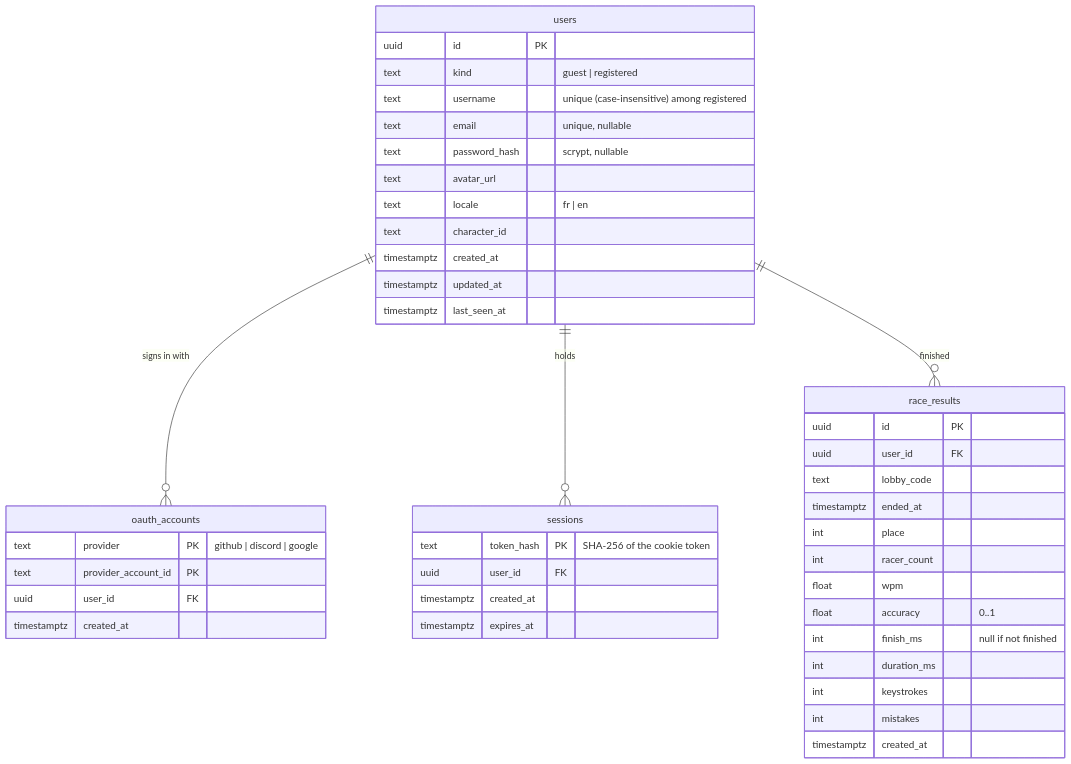
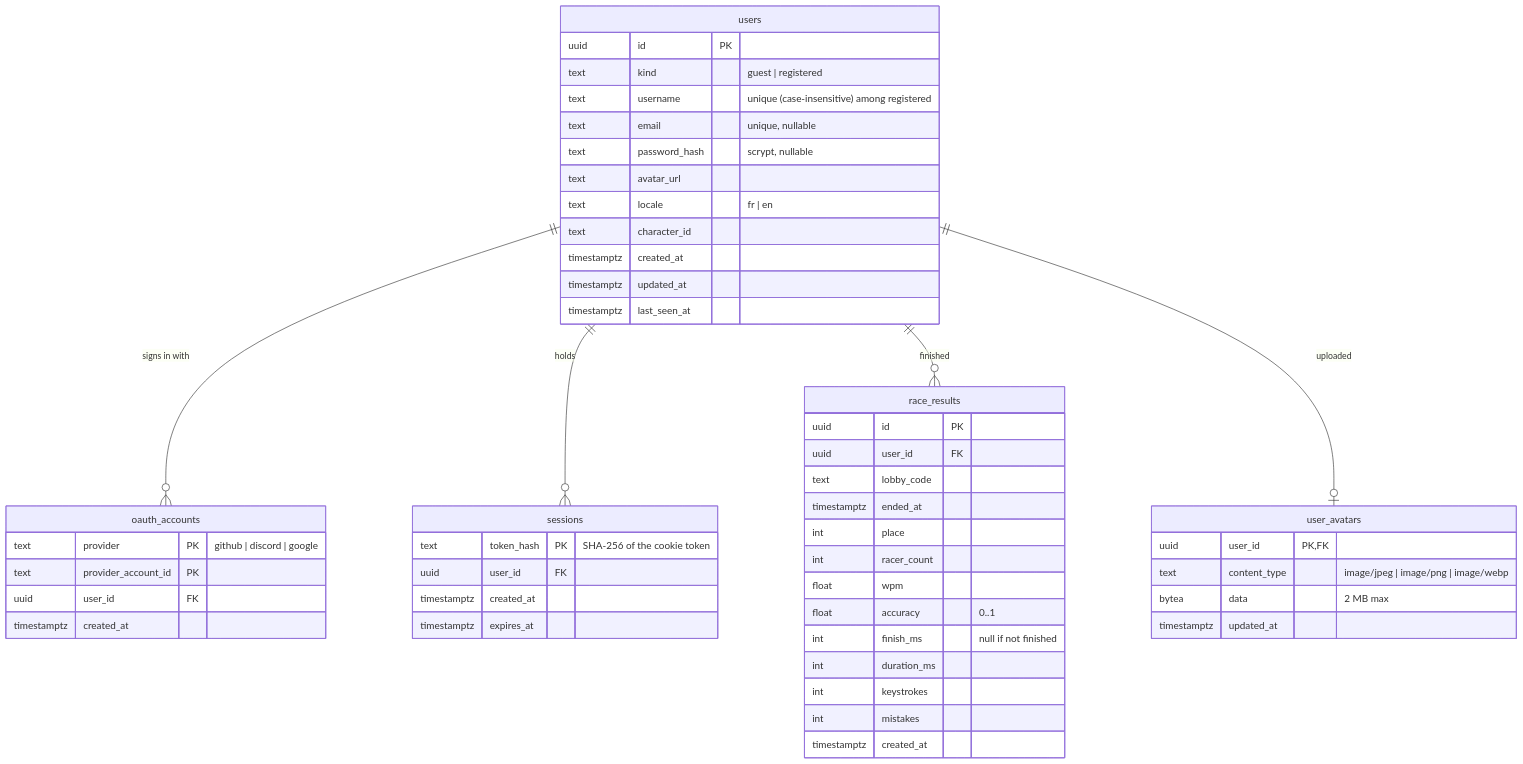
Before and after one commit to Sylowww/Persona5-type-racing: the first of 2 diagrams in docs/ARCHITECTURE.md, drawn with Mermaid. The commit also changed other lines of this file and 18 other files, not shown here.

````diff
--- a/docs/ARCHITECTURE.md
+++ b/docs/ARCHITECTURE.md
@@ -125,47 +126,54 @@
 ```mermaid
 erDiagram
   users ||--o{ oauth_accounts : "signs in with"
   users ||--o{ sessions : "holds"
   users ||--o{ race_results : "finished"
+  users ||--o| user_avatars : "uploaded"
 
   users {
     uuid id PK
     text kind "guest | registered"
     text username "unique (case-insensitive) among registered"
     text email "unique, nullable"
     text password_hash "scrypt, nullable"
     text avatar_url
     text locale "fr | en"
     text character_id
     timestamptz created_at
     timestamptz updated_at
     timestamptz last_seen_at
   }
   oauth_accounts {
     text provider PK "github | discord | google"
     text provider_account_id PK
     uuid user_id FK
     timestamptz created_at
   }
   sessions {
     text token_hash PK "SHA-256 of the cookie token"
     uuid user_id FK
     timestamptz created_at
     timestamptz expires_at
   }
+  user_avatars {
+    uuid user_id PK, FK
+    text content_type "image/jpeg | image/png | image/webp"
+    bytea data "2 MB max"
+    timestamptz updated_at
+  }
   race_results {
     uuid id PK
     uuid user_id FK
     text lobby_code
     timestamptz ended_at
     int place
     int racer_count
     float wpm
     float accuracy "0..1"
     int finish_ms "null if not finished"
     int duration_ms
     int keystrokes
     int mistakes
     timestamptz created_at
   }
 ```
````
